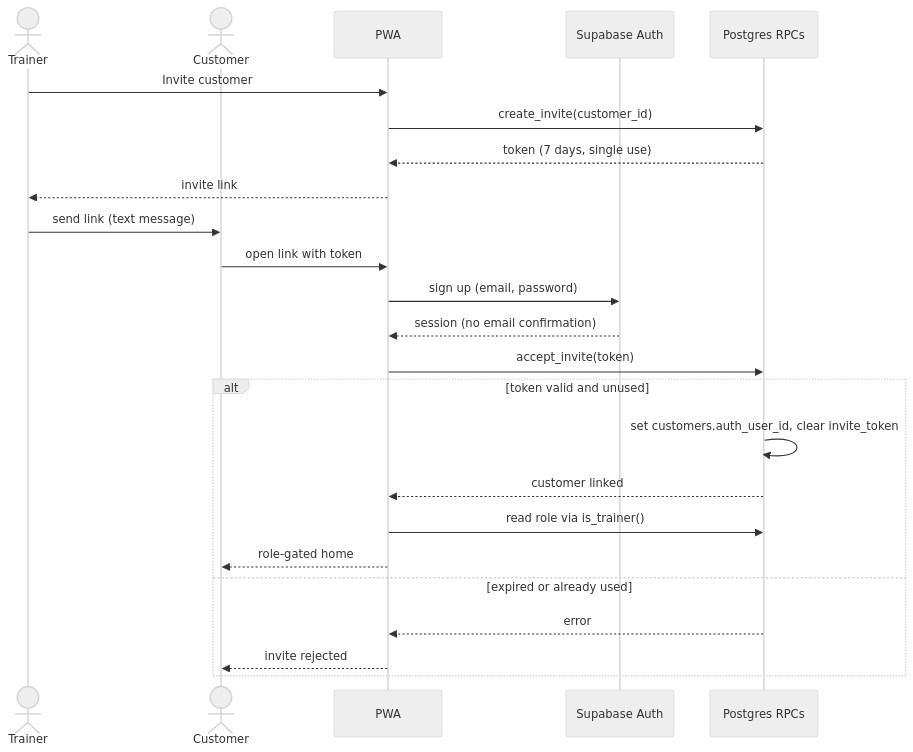
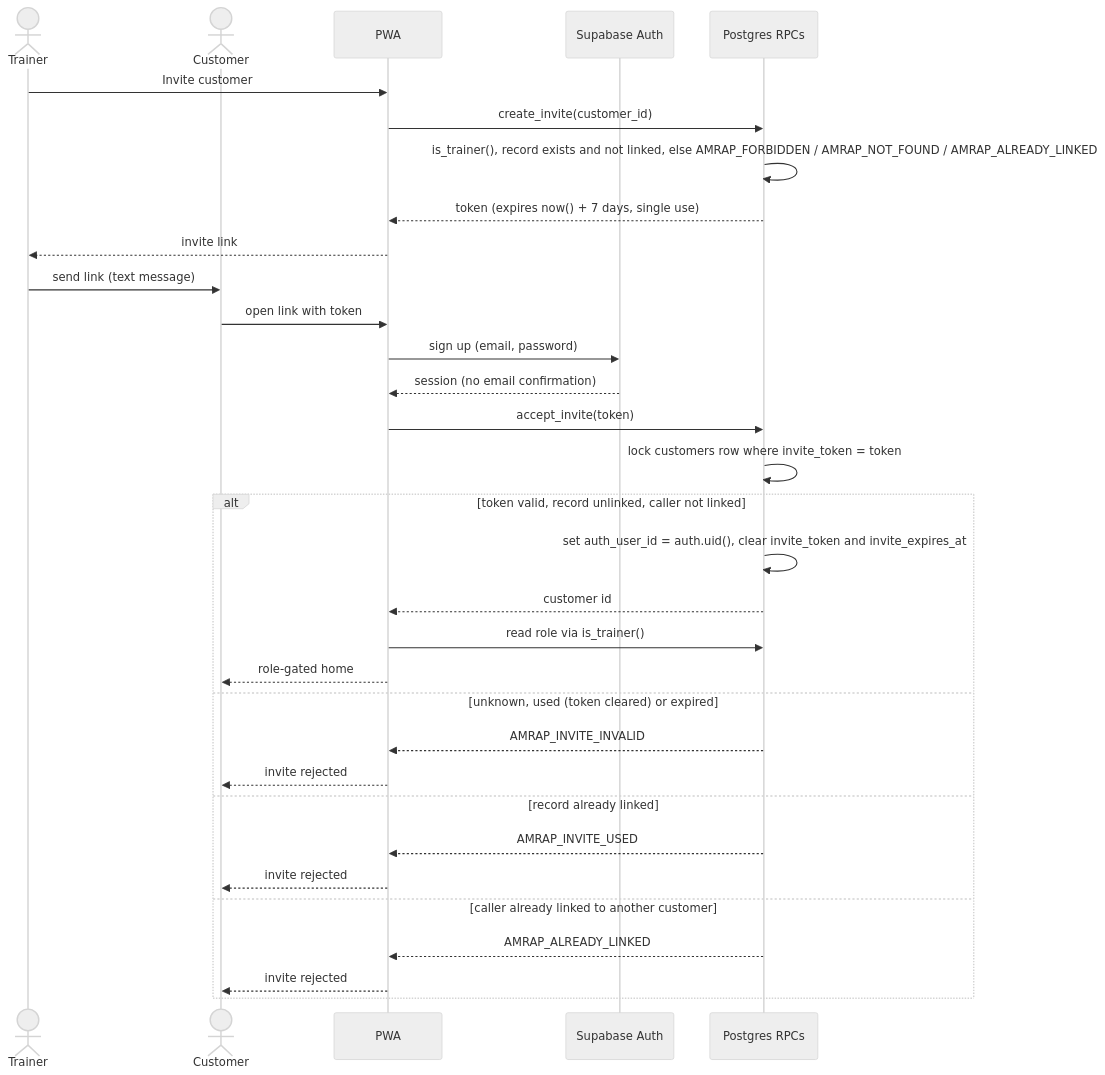
The diagram in docs/architecture/auth-invite-flow.md (JasaGlazar/amrap), drawn with Mermaid (neutral theme) before and after one commit. The commit also changed other lines of this file and 5 other files, not shown here.

````diff
--- a/docs/architecture/auth-invite-flow.md
+++ b/docs/architecture/auth-invite-flow.md
@@ -10,27 +12,35 @@
 ```mermaid
 sequenceDiagram
     actor T as Trainer
     actor C as Customer
     participant App as PWA
     participant Auth as Supabase Auth
     participant DB as Postgres RPCs
 
     T->>App: Invite customer
     App->>DB: create_invite(customer_id)
-    DB-->>App: token (7 days, single use)
+    DB->>DB: is_trainer(), record exists and not linked, else AMRAP_FORBIDDEN / AMRAP_NOT_FOUND / AMRAP_ALREADY_LINKED
+    DB-->>App: token (expires now() + 7 days, single use)
     App-->>T: invite link
     T->>C: send link (text message)
     C->>App: open link with token
     App->>Auth: sign up (email, password)
     Auth-->>App: session (no email confirmation)
     App->>DB: accept_invite(token)
-    alt token valid and unused
-        DB->>DB: set customers.auth_user_id, clear invite_token
-        DB-->>App: customer linked
+    DB->>DB: lock customers row where invite_token = token
+    alt token valid, record unlinked, caller not linked
+        DB->>DB: set auth_user_id = auth.uid(), clear invite_token and invite_expires_at
+        DB-->>App: customer id
         App->>DB: read role via is_trainer()
         App-->>C: role-gated home
-    else expired or already used
-        DB-->>App: error
+    else unknown, used (token cleared) or expired
+        DB-->>App: AMRAP_INVITE_INVALID
+        App-->>C: invite rejected
+    else record already linked
+        DB-->>App: AMRAP_INVITE_USED
+        App-->>C: invite rejected
+    else caller already linked to another customer
+        DB-->>App: AMRAP_ALREADY_LINKED
         App-->>C: invite rejected
     end
 ```
````
